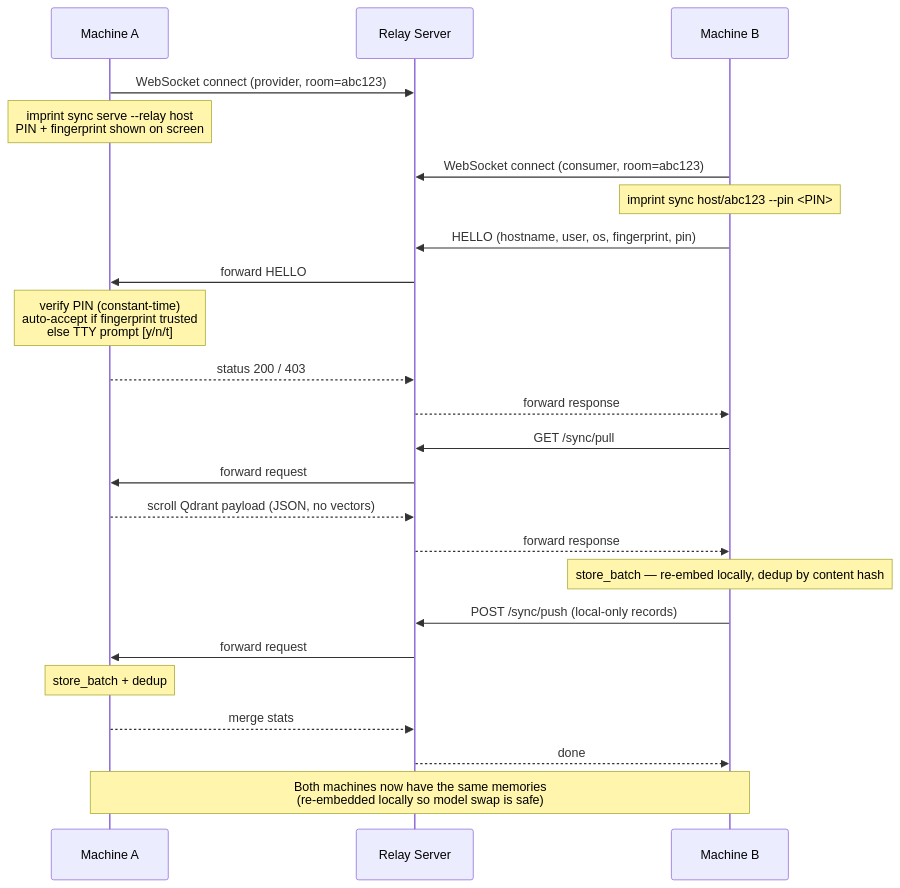
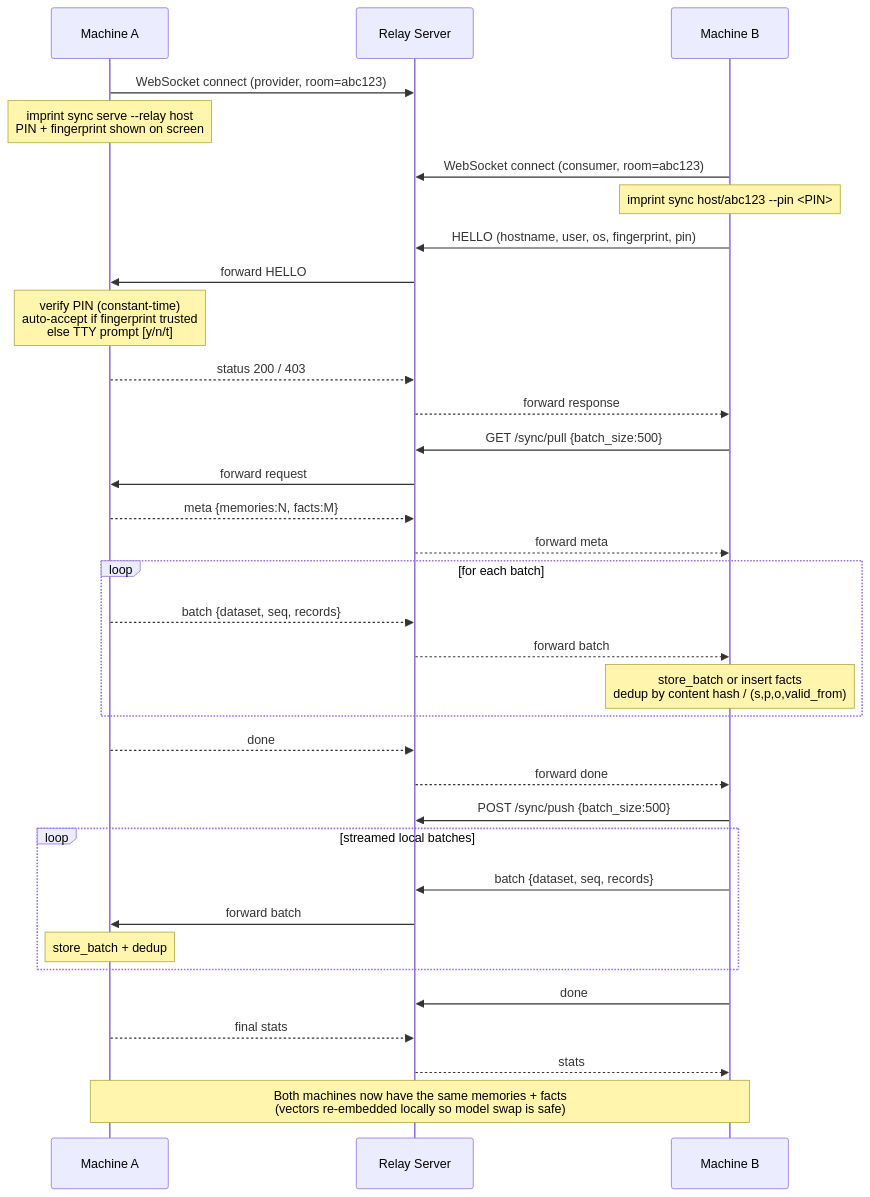
Before and after one commit to alexandruleca/imprint-memory-layer: the diagram in docs/sync.md, drawn with Mermaid. The commit also changed other lines of this file and 3 other files, not shown here.

````diff
--- a/docs/sync.md
+++ b/docs/sync.md
@@ -5,32 +5,42 @@
 ```mermaid
 sequenceDiagram
     participant A as Machine A
     participant R as Relay Server
     participant B as Machine B
 
     A->>R: WebSocket connect (provider, room=abc123)
     Note over A: imprint sync serve --relay host<br/>PIN + fingerprint shown on screen
 
     B->>R: WebSocket connect (consumer, room=abc123)
     Note over B: imprint sync host/abc123 --pin <PIN>
 
     B->>R: HELLO (hostname, user, os, fingerprint, pin)
     R->>A: forward HELLO
     Note over A: verify PIN (constant-time)<br/>auto-accept if fingerprint trusted<br/>else TTY prompt [y/n/t]
     A-->>R: status 200 / 403
     R-->>B: forward response
 
-    B->>R: GET /sync/pull
+    B->>R: GET /sync/pull {batch_size:500}
     R->>A: forward request
-    A-->>R: scroll Qdrant payload (JSON, no vectors)
-    R-->>B: forward response
-    Note over B: store_batch — re-embed locally, dedup by content hash
+    A-->>R: meta {memories:N, facts:M}
+    R-->>B: forward meta
+    loop for each batch
+        A-->>R: batch {dataset, seq, records}
+        R-->>B: forward batch
+        Note over B: store_batch or insert facts<br/>dedup by content hash / (s,p,o,valid_from)
+    end
+    A-->>R: done
+    R-->>B: forward done
 
-    B->>R: POST /sync/push (local-only records)
-    R->>A: forward request
-    Note over A: store_batch + dedup
-    A-->>R: merge stats
-    R-->>B: done
+    B->>R: POST /sync/push {batch_size:500}
+    loop streamed local batches
+        B->>R: batch {dataset, seq, records}
+        R->>A: forward batch
+        Note over A: store_batch + dedup
+    end
+    B->>R: done
+    A-->>R: final stats
+    R-->>B: stats
 
-    Note over A,B: Both machines now have the same memories<br/>(re-embedded locally so model swap is safe)
+    Note over A,B: Both machines now have the same memories + facts<br/>(vectors re-embedded locally so model swap is safe)
 ```
````
